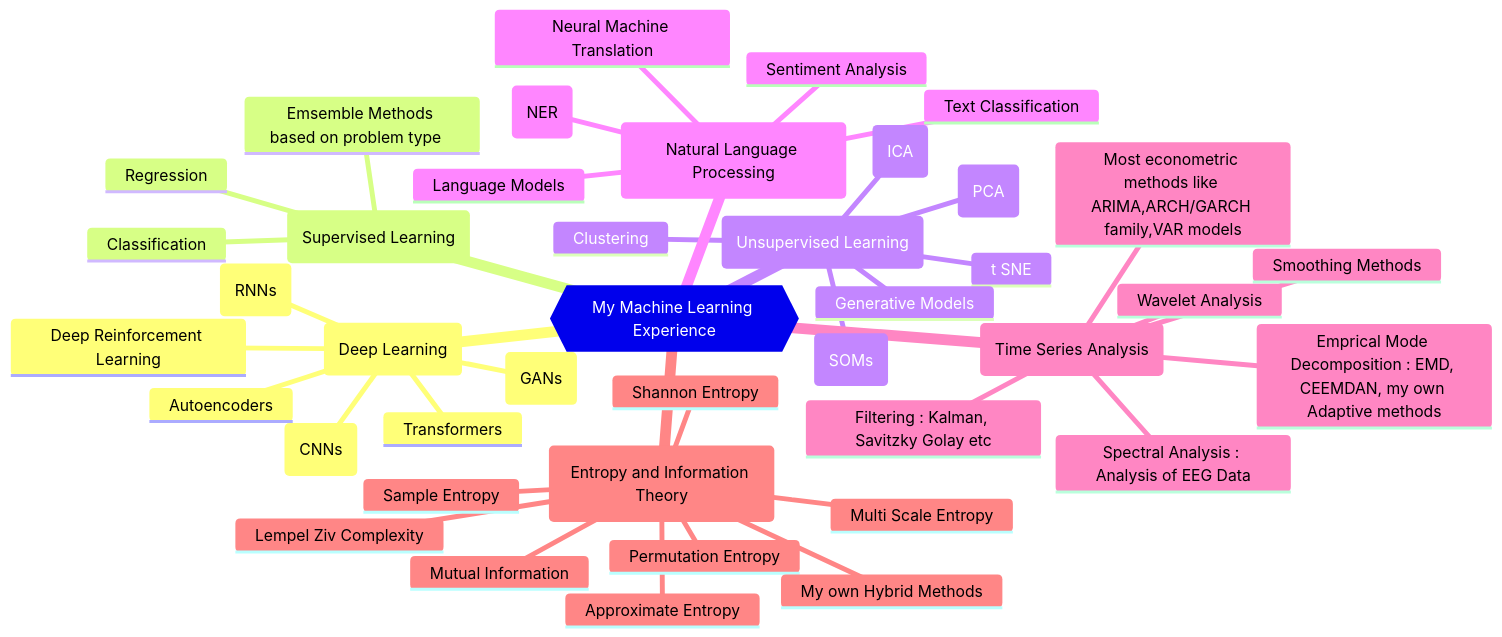
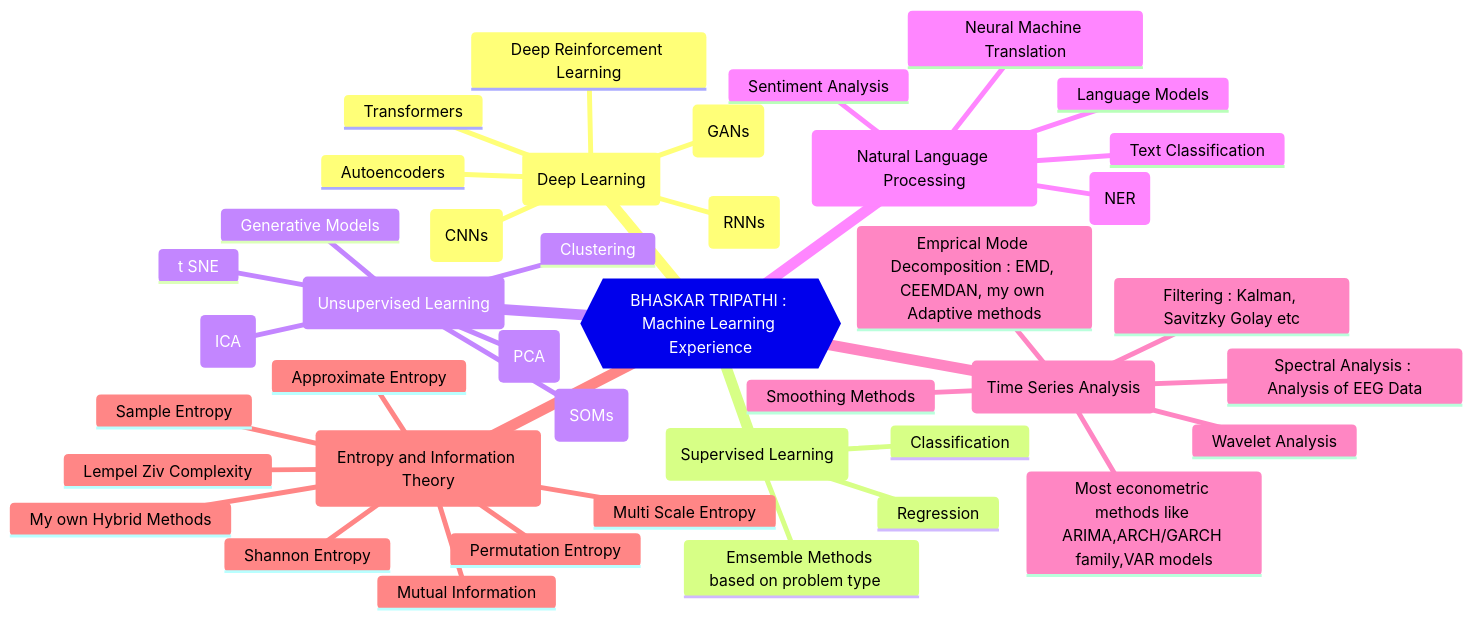
One commit to bhaskatripathi/bhaskatripathi changed the first of 3 diagrams in README.md. Above: the diagram before and after it, drawn with Mermaid. The commit also changed other lines of this file, not shown here.

````diff
--- a/README.md
+++ b/README.md
@@ -5,44 +5,44 @@
 ``` mermaid
 mindmap
-root{{My Machine Learning Experience}}
+root{{BHASKAR TRIPATHI : Machine Learning Experience}}
   (Deep Learning)
     Convolutional Neural Networks (CNNs)
     Recurrent Neural Networks (RNNs)
     Generative Adversarial Networks (GANs)
     Autoencoders
     Transformers
     Deep Reinforcement Learning
   (Supervised Learning)
     Classification
     Regression 
     Emsemble Methods based on problem type   
   (Unsupervised Learning)
     Clustering
     Principal Component Analysis (PCA)
     Independent Component Analysis (ICA)
     t SNE
     Self Organizing Maps (SOMs)
     Generative Models
   (Natural Language Processing)
     Text Classification
     Named Entity Recognition (NER)
     Sentiment Analysis
     Language Models
     Neural Machine Translation
   (Time Series Analysis)
     Most econometric methods like ARIMA,ARCH/GARCH family,VAR models
     Smoothing Methods
     Filtering : Kalman, Savitzky Golay etc
     Emprical Mode Decomposition : EMD, CEEMDAN, my own Adaptive methods
     Wavelet Analysis
     Spectral Analysis : Analysis of EEG Data
   (Entropy and Information Theory)
     Permutation Entropy 
     Approximate Entropy 
     Sample Entropy 
     Lempel Ziv Complexity 
     Mutual Information 
     Shannon Entropy
     My own Hybrid Methods
     Multi Scale Entropy     
 ```
````
